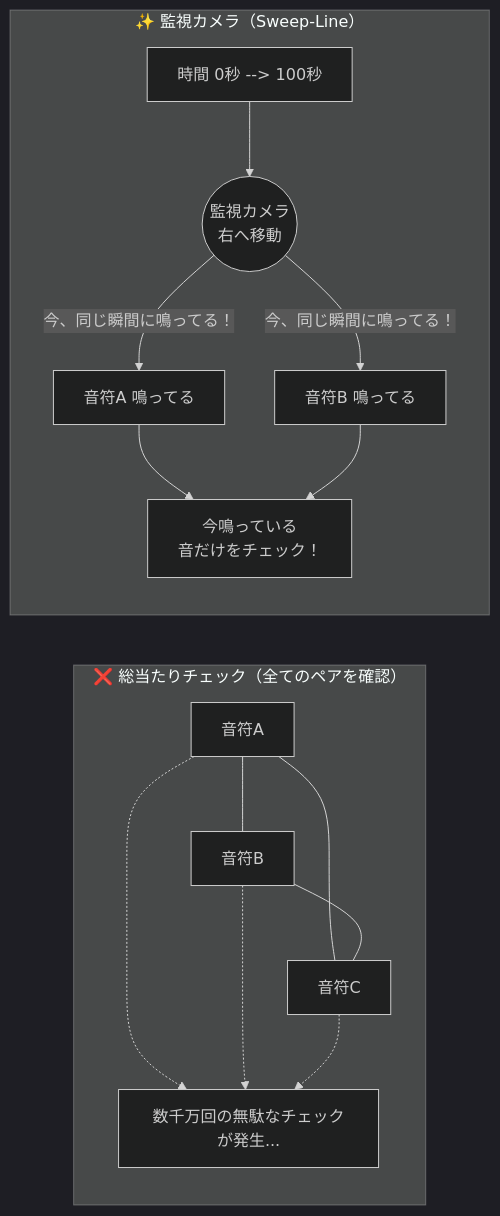
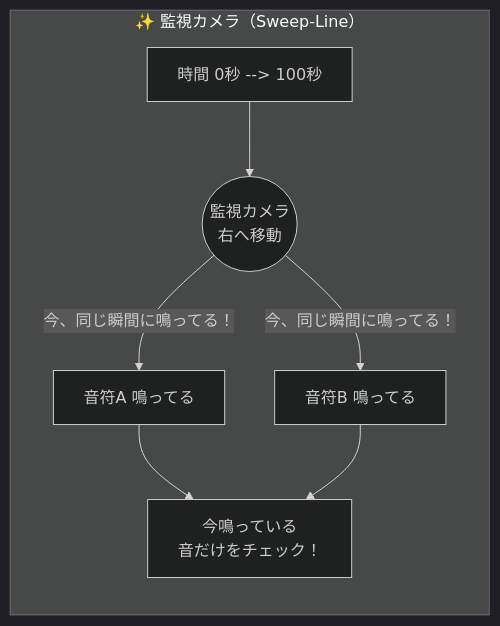
Before and after one commit to bms-atelier-kyokufu/BmsPartTuner: the eighth of 10 diagrams in docs/casual_guide.md, drawn with Mermaid (dark theme). The commit also changed other lines of this file, not shown here.

Commit message:
docs: add casual guide for BmsPartTuner usage

````diff
--- a/docs/casual_guide.md
+++ b/docs/casual_guide.md
@@ -361,20 +374,14 @@
 ```mermaid
 graph LR
-    subgraph before [❌ 総当たりチェック（全てのペアを確認）]
-        音符A --- 音符B
-        音符A --- 音符C
-        音符B --- 音符C
-        音符A & 音符B & 音符C -.-> Note1[数千万回の無駄なチェックが発生...]
-    end
     subgraph after  ["✨ 監視カメラ（Sweep-Line）"]
         時間軸[時間 0秒 --> 100秒]
         音符A2_new[音符A 鳴ってる]
         音符B2_new[音符B 鳴ってる]
         カメラ((監視カメラ<br>右へ移動))
         時間軸 --> カメラ
         カメラ --> |今、同じ瞬間に鳴ってる！| 音符A2_new
         カメラ --> |今、同じ瞬間に鳴ってる！| 音符B2_new
         音符A2_new & 音符B2_new --> Note2[今鳴っている<br>音だけをチェック！]
     end
 
 ```
````
